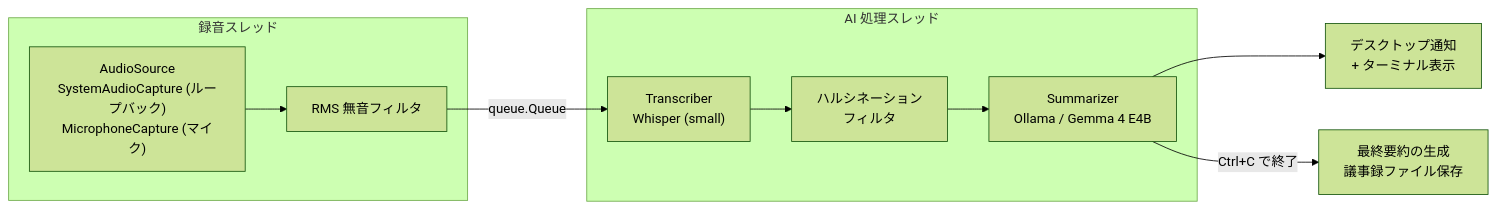
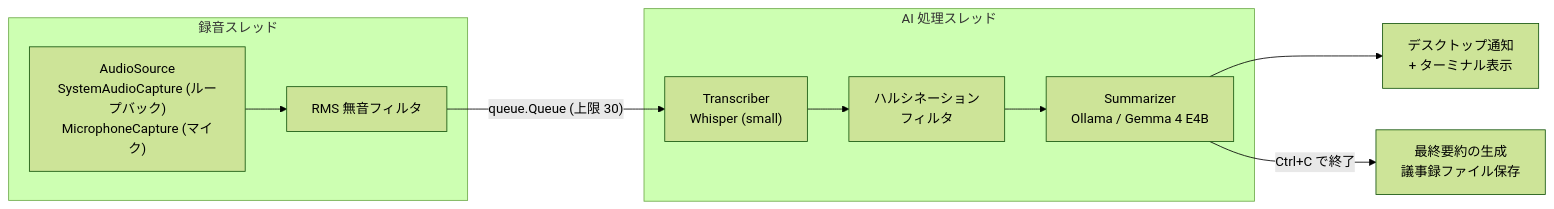
One commit to poporpepopo/memorandum changed the diagram in README.md. Above: the diagram before and after it, drawn with Mermaid (forest theme). The commit also changed other lines of this file and 3 other files, not shown here.

````diff
--- a/README.md
+++ b/README.md
@@ -21,13 +24,13 @@
 ```mermaid
 flowchart LR
     subgraph capture["録音スレッド"]
         SRC["AudioSource<br/>SystemAudioCapture (ループバック)<br/>MicrophoneCapture (マイク)"] --> RMS["RMS 無音フィルタ"]
     end
-    RMS -- "queue.Queue" --> STT
+    RMS -- "queue.Queue (上限 30)" --> STT
     subgraph worker["AI 処理スレッド"]
         STT["Transcriber<br/>Whisper (small)"] --> HAL["ハルシネーション<br/>フィルタ"]
         HAL --> SUM["Summarizer<br/>Ollama / Gemma 4 E4B"]
     end
     SUM --> NOTIFY["デスクトップ通知<br/>+ ターミナル表示"]
     SUM -- "Ctrl+C で終了" --> REPORT["最終要約の生成<br/>議事録ファイル保存"]
 ```
````
